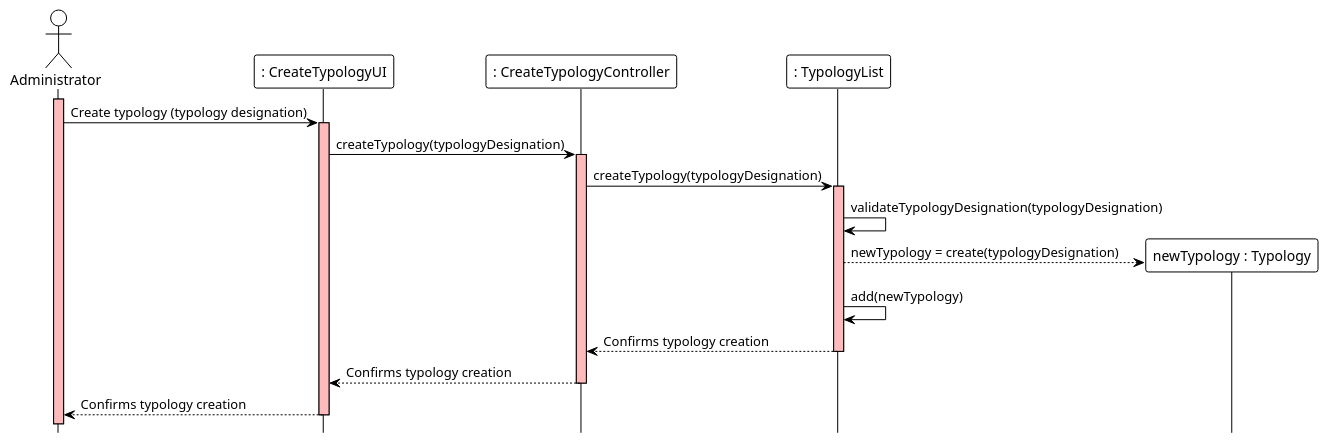
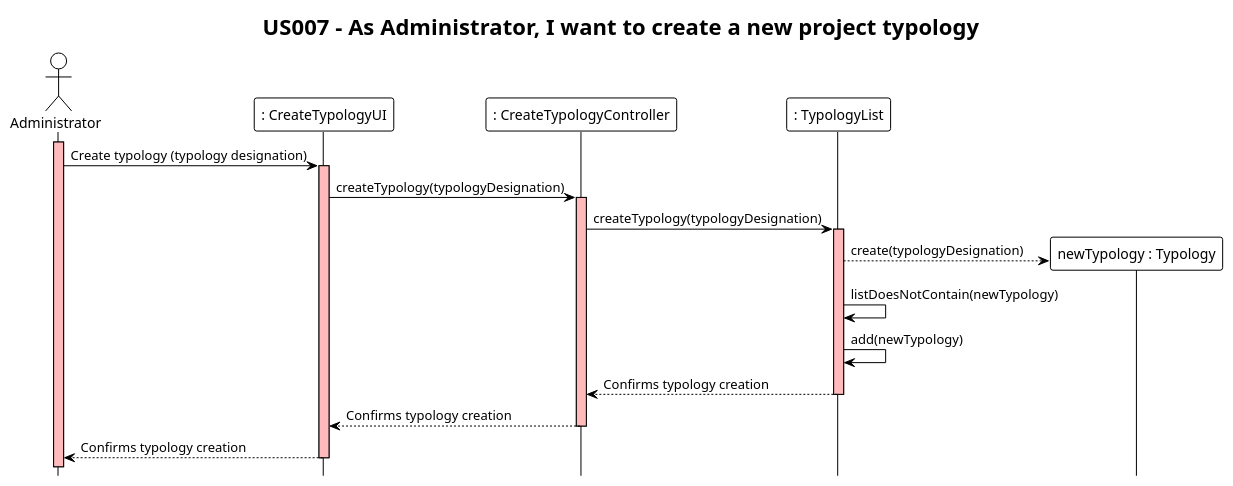
One commit to ivo-menezes/project_g3 changed the diagram in docs/modelling_design/user_stories/us007/US007_CreateProjectTypologySD.puml. Above: the diagram before and after it, drawn with PlantUML. The commit also changed 1 other file, not shown here.

Commit message:
US007 : Design : Updated CreateProjectTypology CD and SD

```diff
--- a/docs/modelling_design/user_stories/us007/US007_CreateProjectTypologySD.puml
+++ b/docs/modelling_design/user_stories/us007/US007_CreateProjectTypologySD.puml
@@ -1,33 +1,34 @@
 @startuml
 !theme plain
 hide footbox
+title "US007 - As Administrator, I want to create a new project typology"
 
 actor Administrator
 participant ": CreateTypologyUI" as UI
 participant ": CreateTypologyController" as Controller
 participant ": TypologyList" as List
 participant "newTypology : Typology" as typology
 
 activate Administrator #FFBBBB
 Administrator -> UI : Create typology (typology designation)
 
 activate UI #FFBBBB
 UI -> Controller : createTypology(typologyDesignation)
 
 activate Controller #FFBBBB
 Controller -> List : createTypology(typologyDesignation)
 
 activate List #FFBBBB
-List -> List : validateTypologyDesignation(typologyDesignation)
-List --> typology  ** : newTypology = create(typologyDesignation)
+List --> typology  ** : create(typologyDesignation)
+List -> List : listDoesNotContain(newTypology)
 List -> List : add(newTypology)
 List --> Controller : Confirms typology creation
 deactivate List
 
 Controller --> UI : Confirms typology creation
 deactivate Controller
 
 UI --> Administrator : Confirms typology creation
 deactivate UI
 
 @enduml
```
